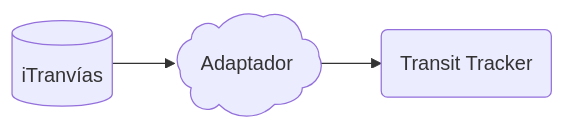
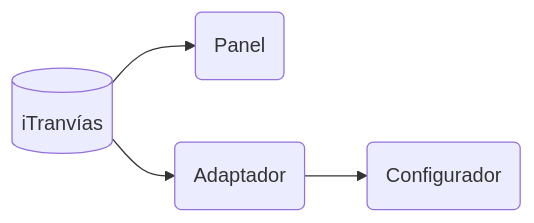
Before and after one commit to ferrosaco/transit-tracker-coru: the diagram in docs/docs/03-advanced/api-server.md, drawn with Mermaid. The commit also changed other lines of this file and 25 other files, not shown here.

First line of the commit message:
Have the panel poll iTranvías directly.

````diff
--- a/docs/docs/03-advanced/api-server.md
+++ b/docs/docs/03-advanced/api-server.md
@@ -11,5 +9,6 @@
 ```mermaid
 graph LR
-    ITR[(iTranvías)] --> API(Adaptador)@{ shape: cloud }
-    API --> TT(Transit Tracker)
+    ITR[(iTranvías)] --> TT(Panel)
+    ITR --> API(Adaptador)
+    API --> CFG(Configurador)
 ```
````
